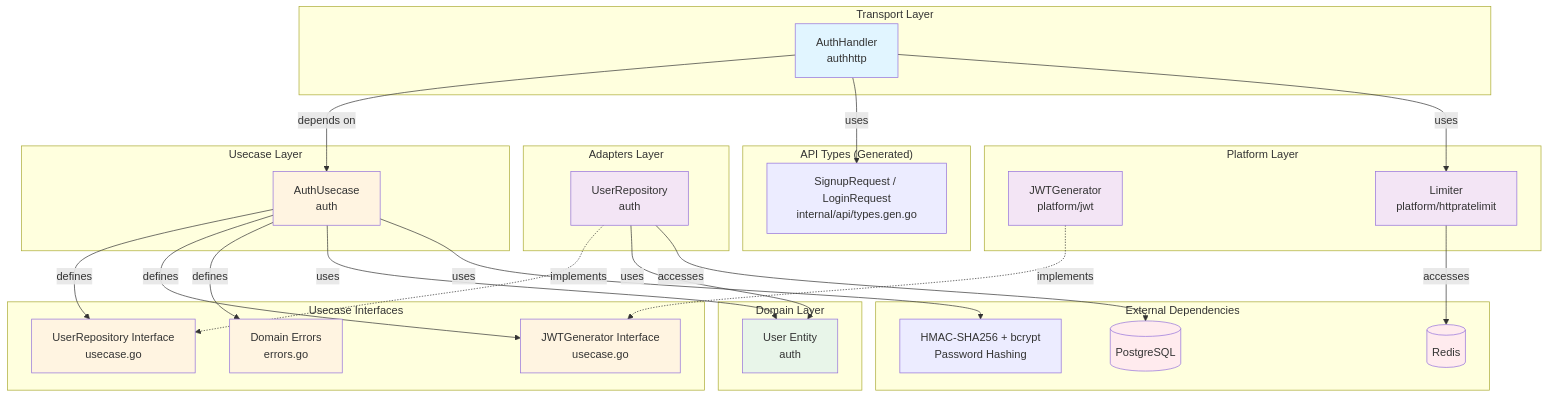
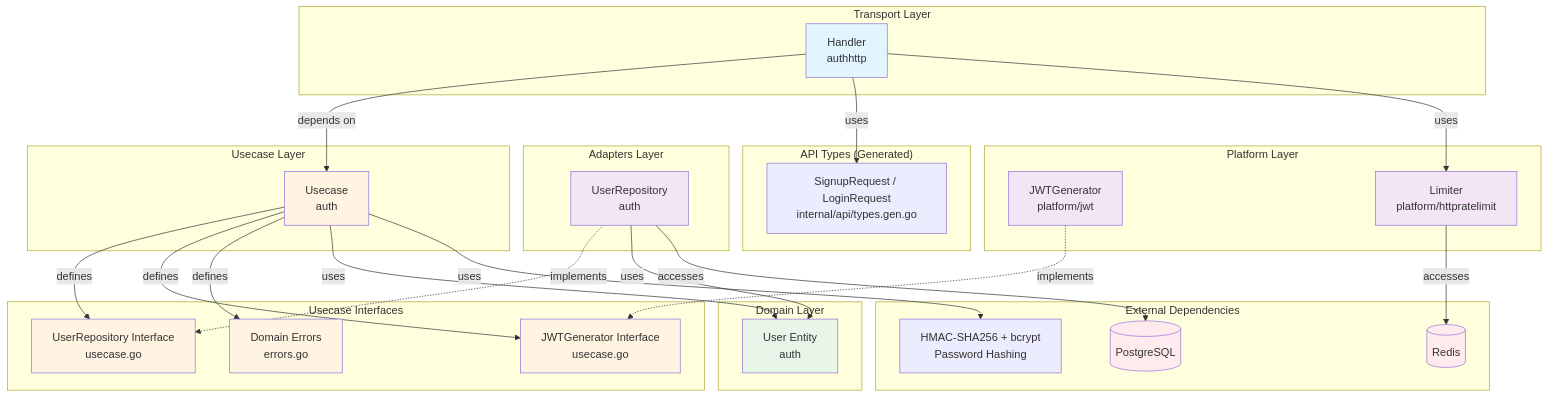
One commit to UCHIDAnobuhiro/stock_backend changed the sixth of 6 diagrams in internal/feature/auth/README.md. Above: the diagram before and after it, drawn with Mermaid. The commit also changed other lines of this file and 41 other files, not shown here.

````diff
--- a/internal/feature/auth/README.md
+++ b/internal/feature/auth/README.md
@@ -424,65 +424,65 @@
 ```mermaid
 graph TB
     subgraph "Transport Layer"
-        Handler[AuthHandler<br/>authhttp]
+        Handler[Handler<br/>authhttp]
     end
 
     subgraph "API Types (Generated)"
         APITypes[SignupRequest / LoginRequest<br/>internal/api/types.gen.go]
     end
 
     subgraph "Usecase Layer"
-        Usecase[AuthUsecase<br/>auth]
+        Usecase[Usecase<br/>auth]
     end
 
     subgraph "Domain Layer"
         Entity[User Entity<br/>auth]
     end
 
     subgraph "Usecase Interfaces"
         RepoInterface[UserRepository Interface<br/>usecase.go]
         JWTInterface[JWTGenerator Interface<br/>usecase.go]
         Errors[Domain Errors<br/>errors.go]
     end
 
     subgraph "Adapters Layer"
         RepoImpl[UserRepository<br/>auth]
     end
 
     subgraph "Platform Layer"
         JWTImpl[JWTGenerator<br/>platform/jwt]
         RateLimiter[Limiter<br/>platform/httpratelimit]
     end
 
     subgraph "External Dependencies"
         DB[(PostgreSQL)]
         BCrypt[HMAC-SHA256 + bcrypt<br/>Password Hashing]
         Redis[(Redis)]
     end
 
     Handler -->|depends on| Usecase
     Handler -->|uses| APITypes
     Handler -->|uses| RateLimiter
     Usecase -->|defines| RepoInterface
     Usecase -->|defines| JWTInterface
     Usecase -->|defines| Errors
     Usecase -->|uses| Entity
     Usecase -->|uses| BCrypt
     RepoImpl -.->|implements| RepoInterface
     RepoImpl -->|uses| Entity
     RepoImpl -->|accesses| DB
     JWTImpl -.->|implements| JWTInterface
     RateLimiter -->|accesses| Redis
 
     style Handler fill:#e1f5ff
     style Usecase fill:#fff4e1
     style Entity fill:#e8f5e9
     style RepoInterface fill:#fff4e1
     style JWTInterface fill:#fff4e1
     style Errors fill:#fff4e1
     style RepoImpl fill:#f3e5f5
     style JWTImpl fill:#f3e5f5
     style RateLimiter fill:#f3e5f5
     style DB fill:#ffebee
     style Redis fill:#ffebee
 ```
````
